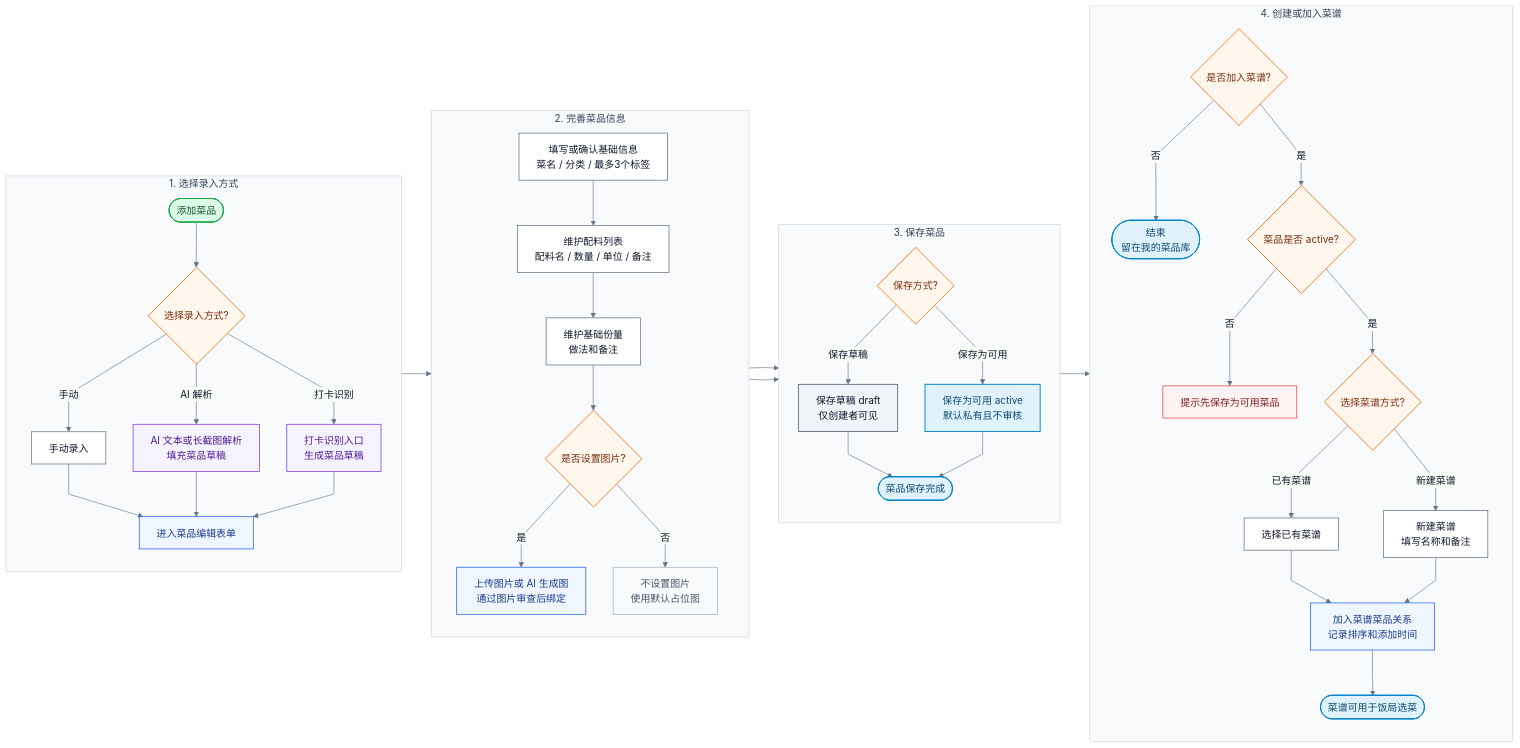
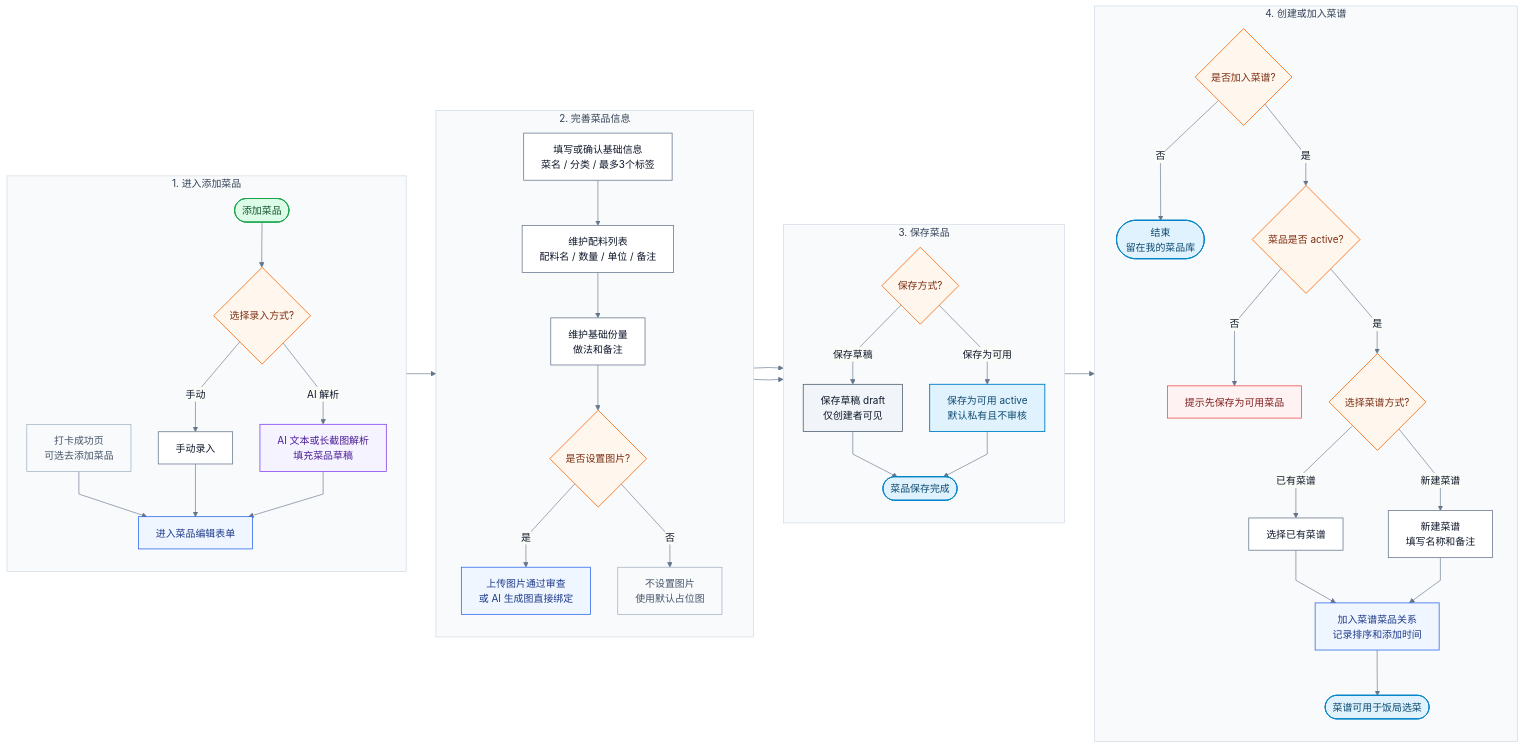
The diagram in aiDoc/prd/dish-and-recipe-creation-flowchart.md (dyjh/gin-vue-admin), drawn with Mermaid before and after one commit. The commit also changed other lines of this file and 102 other files, not shown here.

````diff
--- a/aiDoc/prd/dish-and-recipe-creation-flowchart.md
+++ b/aiDoc/prd/dish-and-recipe-creation-flowchart.md
@@ -13,80 +13,80 @@
 ```mermaid
 %%{init: {"theme":"base","themeVariables":{"fontFamily":"Inter, PingFang SC, Microsoft YaHei, sans-serif","primaryColor":"#F8FAFC","primaryTextColor":"#0F172A","primaryBorderColor":"#CBD5E1","lineColor":"#64748B"},"flowchart":{"curve":"linear","nodeSpacing":44,"rankSpacing":48,"padding":14}}}%%
 flowchart LR
-    subgraph P1["1. 选择录入方式"]
+    subgraph P1["1. 进入添加菜品"]
         direction TB
         A([添加菜品]):::start
+        A0[打卡成功页<br/>可选去添加菜品]:::muted
         B{选择录入方式?}:::decision
         C[手动录入]:::action
         D[AI 文本或长截图解析<br/>填充菜品草稿]:::ai
-        E[打卡识别入口<br/>生成菜品草稿]:::ai
         F[进入菜品编辑表单]:::system
         A --> B
+        A0 --> F
         B -->|手动| C --> F
         B -->|AI 解析| D --> F
-        B -->|打卡识别| E --> F
     end
 
     subgraph P2["2. 完善菜品信息"]
         direction TB
         G[填写或确认基础信息<br/>菜名 / 分类 / 最多3个标签]:::action
         H[维护配料列表<br/>配料名 / 数量 / 单位 / 备注]:::action
         I[维护基础份量<br/>做法和备注]:::action
         J{是否设置图片?}:::decision
-        K[上传图片或 AI 生成图<br/>通过图片审查后绑定]:::system
+        K[上传图片通过审查<br/>或 AI 生成图直接绑定]:::system
         L[不设置图片<br/>使用默认占位图]:::muted
         G --> H --> I --> J
         J -->|是| K
         J -->|否| L
     end
 
     subgraph P3["3. 保存菜品"]
         direction TB
         M{保存方式?}:::decision
         N[保存草稿 draft<br/>仅创建者可见]:::state
         O[保存为可用 active<br/>默认私有且不审核]:::complete
         P([菜品保存完成]):::complete
         M -->|保存草稿| N --> P
         M -->|保存为可用| O --> P
     end
 
     subgraph P4["4. 创建或加入菜谱"]
         direction TB
         Q{是否加入菜谱?}:::decision
         R([结束<br/>留在我的菜品库]):::complete
         S{菜品是否 active?}:::decision
         S1[提示先保存为可用菜品]:::error
         T{选择菜谱方式?}:::decision
         U[选择已有菜谱]:::action
         V[新建菜谱<br/>填写名称和备注]:::action
         W[加入菜谱菜品关系<br/>记录排序和添加时间]:::system
         X([菜谱可用于饭局选菜]):::complete
         Q -->|否| R
         Q -->|是| S
         S -->|否| S1
         S -->|是| T
         T -->|已有菜谱| U --> W
         T -->|新建菜谱| V --> W
         W --> X
     end
 
     F --> G
     K --> M
     L --> M
     P --> Q
 
     style P1 fill:#F8FAFC,stroke:#CBD5E1,stroke-width:1px,color:#334155;
     style P2 fill:#F8FAFC,stroke:#CBD5E1,stroke-width:1px,color:#334155;
     style P3 fill:#F8FAFC,stroke:#CBD5E1,stroke-width:1px,color:#334155;
     style P4 fill:#F8FAFC,stroke:#CBD5E1,stroke-width:1px,color:#334155;
 
     classDef start fill:#DCFCE7,stroke:#16A34A,color:#14532D,stroke-width:1.5px;
     classDef complete fill:#E0F2FE,stroke:#0284C7,color:#0C4A6E,stroke-width:1.5px;
     classDef action fill:#FFFFFF,stroke:#64748B,color:#0F172A,stroke-width:1.2px;
     classDef system fill:#EFF6FF,stroke:#2563EB,color:#1E3A8A,stroke-width:1.2px;
     classDef decision fill:#FFF7ED,stroke:#F97316,color:#7C2D12,stroke-width:1.4px;
     classDef state fill:#F1F5F9,stroke:#475569,color:#0F172A,stroke-width:1.2px;
     classDef ai fill:#F5F3FF,stroke:#7C3AED,color:#4C1D95,stroke-width:1.2px;
     classDef error fill:#FEF2F2,stroke:#EF4444,color:#7F1D1D,stroke-width:1.2px;
     classDef muted fill:#F8FAFC,stroke:#94A3B8,color:#475569,stroke-width:1px;
 ```
````
